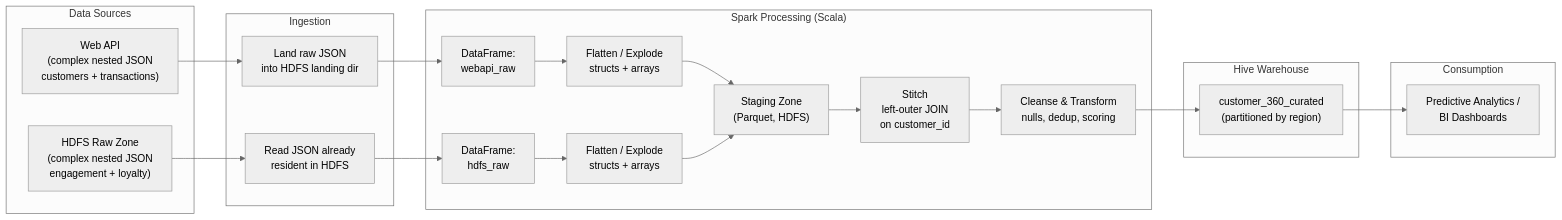
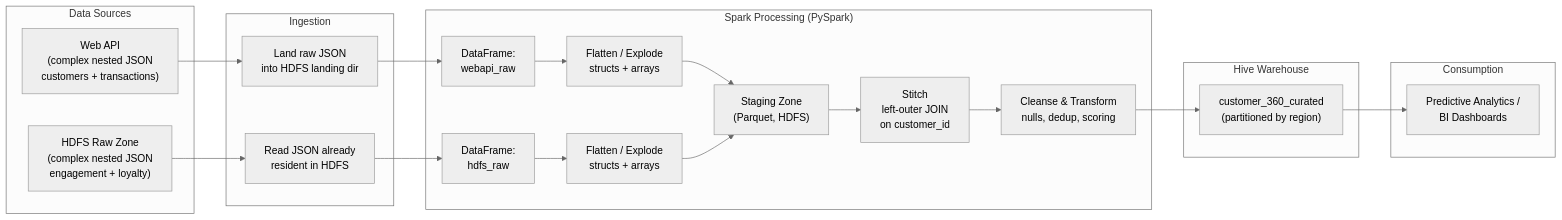
One commit to royal-eternity/Spark-hive-pipeline changed the first of 2 diagrams in README.md. Above: the diagram before and after it, drawn with Mermaid (neutral theme). The commit also changed other lines of this file and 12 other files, not shown here.

Commit message:
Rewrite pipeline as pure PySpark (drop Scala) per requirements

````diff
--- a/README.md
+++ b/README.md
@@ -29,52 +29,52 @@
 ```mermaid
 flowchart LR
     subgraph SRC["Data Sources"]
         A1["Web API
 (complex nested JSON
 customers + transactions)"]
         A2["HDFS Raw Zone
 (complex nested JSON
 engagement + loyalty)"]
     end
 
     subgraph INGEST["Ingestion"]
         B1["Land raw JSON
 into HDFS landing dir"]
         B2["Read JSON already
 resident in HDFS"]
     end
 
-    subgraph SPARK["Spark Processing (Scala)"]
+    subgraph SPARK["Spark Processing (PySpark)"]
         C1["DataFrame:
 webapi_raw"]
         C2["DataFrame:
 hdfs_raw"]
         D1["Flatten / Explode
 structs + arrays"]
         D2["Flatten / Explode
 structs + arrays"]
         E["Staging Zone
 (Parquet, HDFS)"]
         F["Stitch
 left-outer JOIN
 on customer_id"]
         G["Cleanse & Transform
 nulls, dedup, scoring"]
     end
 
     subgraph HIVE["Hive Warehouse"]
         H["customer_360_curated
 (partitioned by region)"]
     end
 
     subgraph BI["Consumption"]
         I["Predictive Analytics /
 BI Dashboards"]
     end
 
     A1 --> B1 --> C1
     A2 --> B2 --> C2
     C1 --> D1 --> E
     C2 --> D2 --> E
     E --> F --> G --> H --> I
 ```
````
